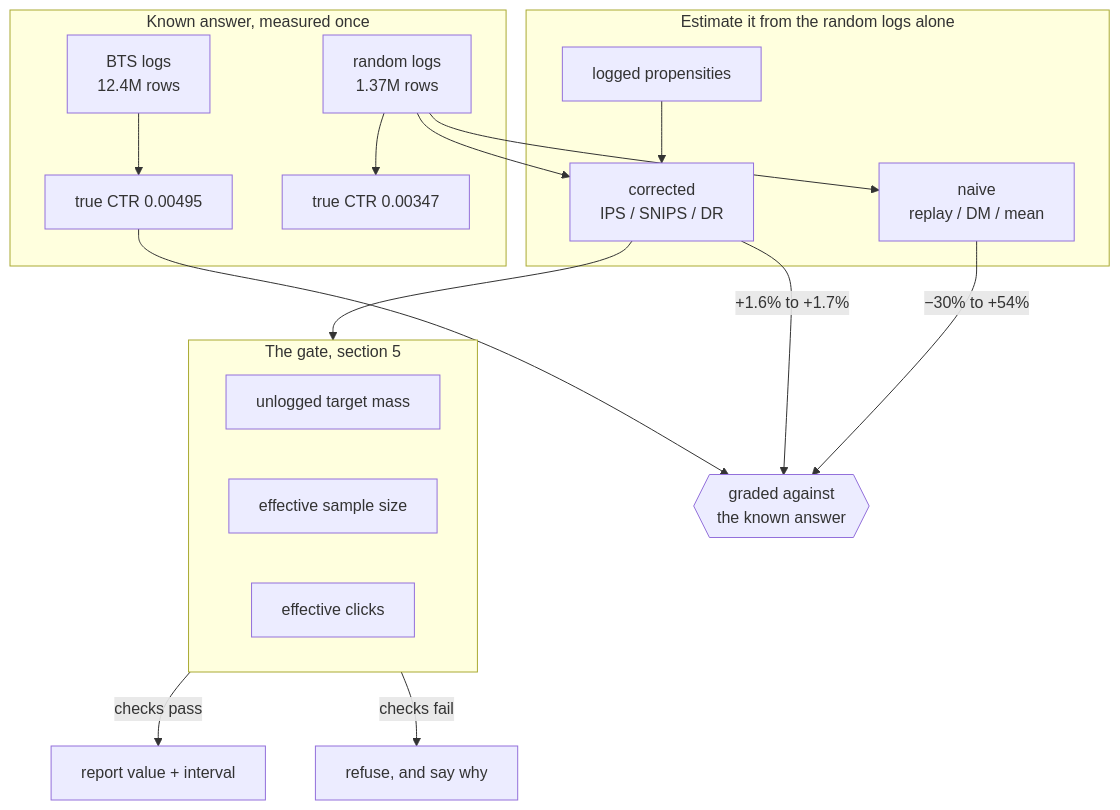
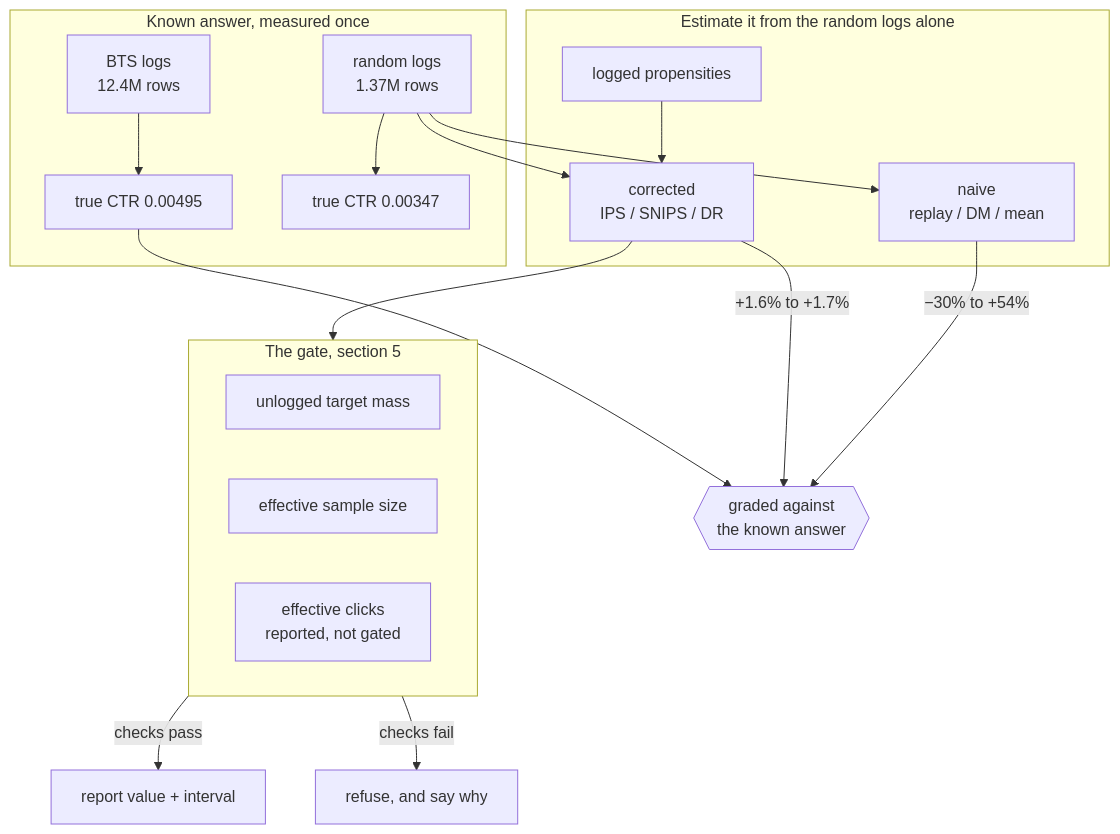
One commit to aghasalim/recsys-offline-online changed the diagram in notes/METHODS.md. Above: the diagram before and after it, drawn with Mermaid. The commit also changed 2 other files, not shown here.

Commit message:
Say that effective_clicks is reported, not gated
audit() in harness.py computes effective_clicks under a comment that calls it the binding constraint, and the METHODS.md diagram draws it inside the gate, but the gate only checks unlogged mass and ESS. Gating on it would change the published gate results (6 of 7), which I cannot rerun here without the Open Bandit download, so I kept the gate as it is and made the comment and the diagram say effective clicks is a diagnostic that is reported, not gated. No numbers change.

````diff
--- a/notes/METHODS.md
+++ b/notes/METHODS.md
@@ -29,23 +29,23 @@
 ```mermaid
 flowchart TB
     subgraph T["Known answer, measured once"]
         A[BTS logs<br/>12.4M rows] --> B[true CTR 0.00495]
         C[random logs<br/>1.37M rows] --> D[true CTR 0.00347]
     end
     subgraph E["Estimate it from the random logs alone"]
         C --> F[naive<br/>replay / DM / mean]
         C --> G[corrected<br/>IPS / SNIPS / DR]
         H[logged propensities] --> G
     end
     F -->|−30% to +54%| I{{graded against<br/>the known answer}}
     G -->|+1.6% to +1.7%| I
     B --> I
     subgraph J["The gate, section 5"]
         K[unlogged target mass]
         L[effective sample size]
-        M[effective clicks]
+        M[effective clicks<br/>reported, not gated]
     end
     G --> J
     J -->|checks pass| N[report value + interval]
     J -->|checks fail| O[refuse, and say why]
 ```
````
